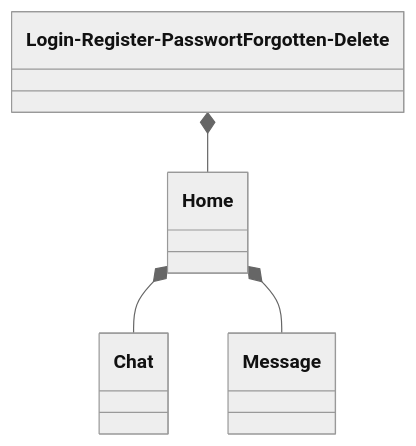
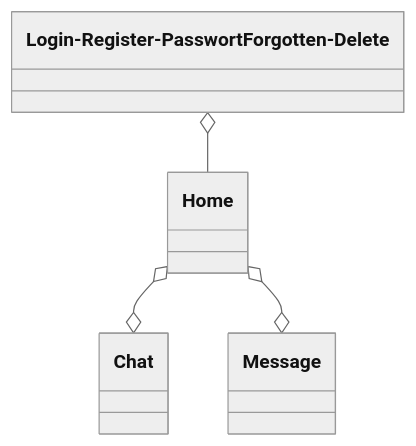
One commit to StefanRautner/ChatProgram changed the third of 5 diagrams in Dokumentation.md. Above: the diagram before and after it, drawn with Mermaid (neutral theme). The commit also changed other lines of this file and 2 other files, not shown here.

````diff
--- a/Dokumentation.md
+++ b/Dokumentation.md
@@ -364,6 +367,6 @@
 ```mermaid
 classDiagram
-    Login-Register-PasswortForgotten-Delete *-- Home
-    Home *-- Chat
-    Home *-- Message
+    Login-Register-PasswortForgotten-Delete o-- Home
+    Home o--o Chat
+    Home o--o Message
 ```
````
